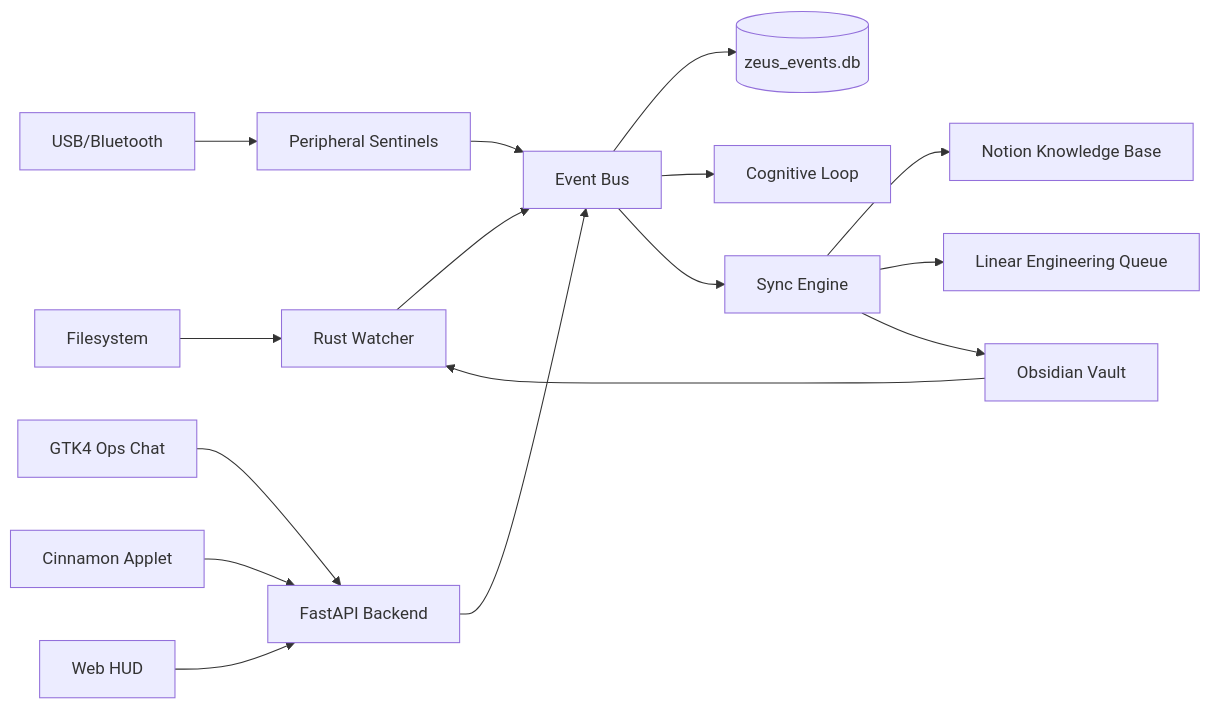
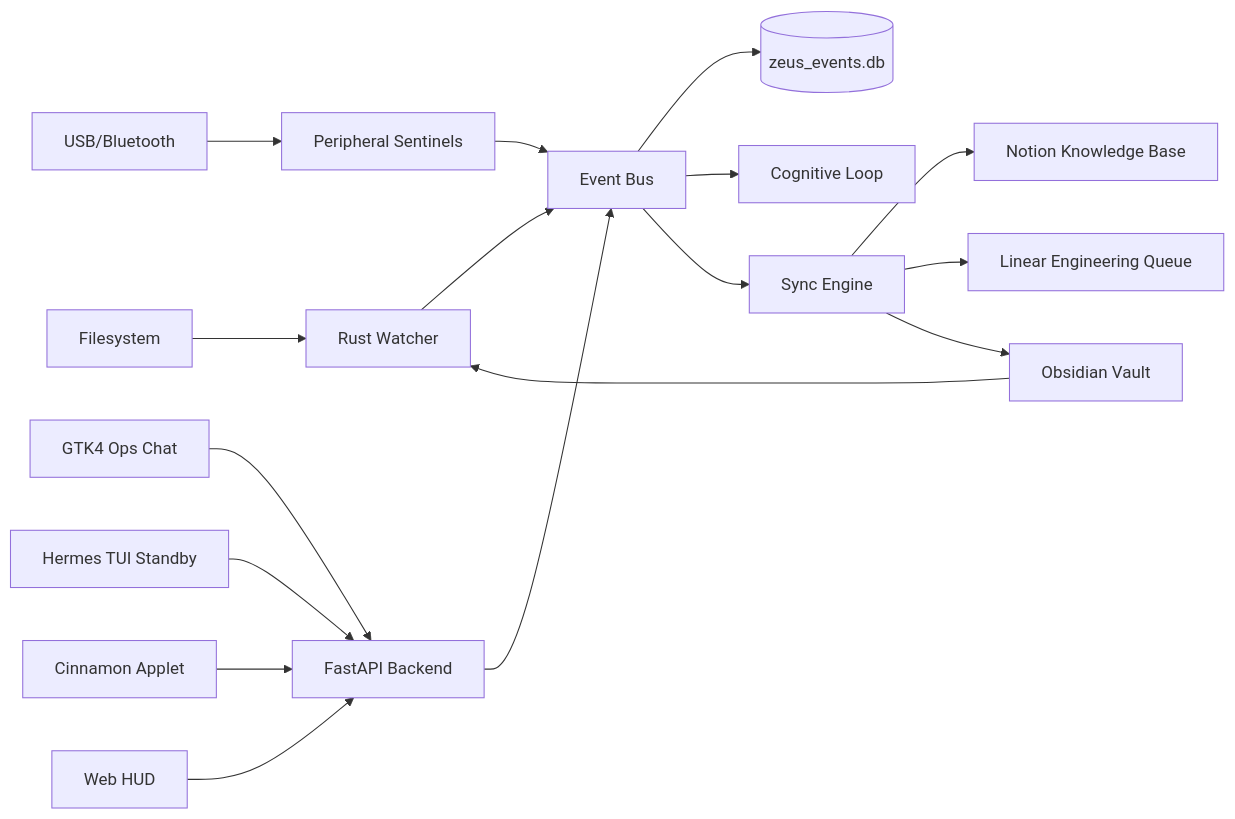
One commit to zeusinfra/NEXUS changed the first of 2 diagrams in docs/ZEUS_SECOND_BRAIN_ARCHITECTURE.md. Above: the diagram before and after it, drawn with Mermaid. The commit also changed other lines of this file and 23 other files, not shown here.

````diff
--- a/docs/ZEUS_SECOND_BRAIN_ARCHITECTURE.md
+++ b/docs/ZEUS_SECOND_BRAIN_ARCHITECTURE.md
@@ -31,22 +31,23 @@
 ```mermaid
 flowchart LR
     FS[Filesystem] --> Watcher[Rust Watcher]
     USB[USB/Bluetooth] --> Sentinel[Peripheral Sentinels]
     Obsidian[Obsidian Vault] --> Watcher
 
     Watcher --> EventBus[Event Bus]
     Sentinel --> EventBus
     API[FastAPI Backend] --> EventBus
 
     EventBus --> SQLite[(zeus_events.db)]
     EventBus --> Cognition[Cognitive Loop]
     EventBus --> Sync[Sync Engine]
 
     Sync --> Notion[Notion Knowledge Base]
     Sync --> Linear[Linear Engineering Queue]
     Sync --> Obsidian
 
     GTK[GTK4 Ops Chat] --> API
+    TUI[Hermes TUI Standby] --> API
     Applet[Cinnamon Applet] --> API
     HUD[Web HUD] --> API
 ```
````
